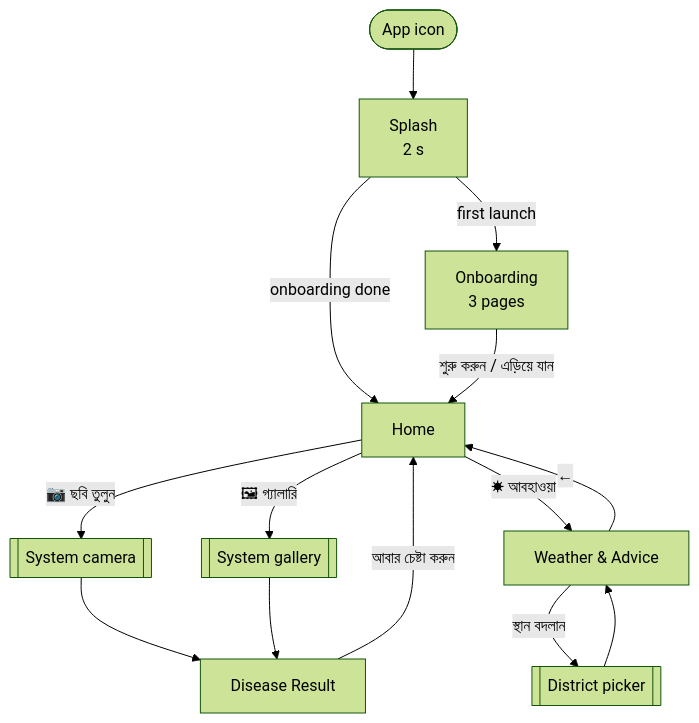
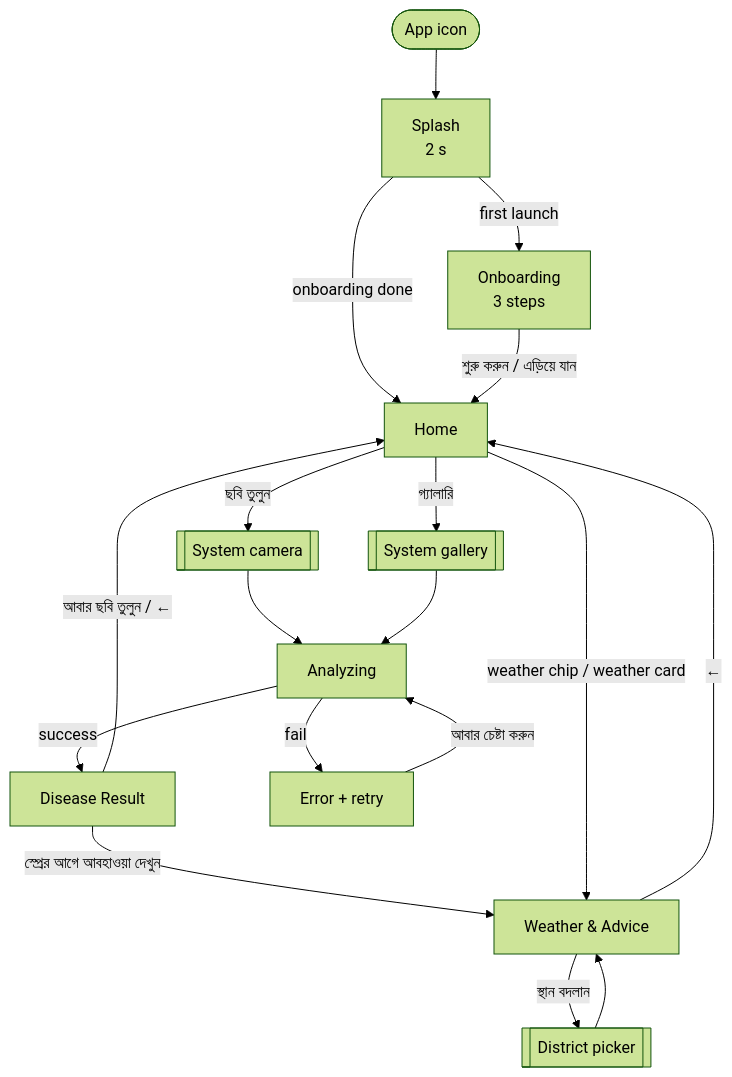
Before and after one commit to asmRakibulHasan/Mango-Disease-Detector: the first of 3 diagrams in docs/APP_DOCUMENTATION.md, drawn with Mermaid (forest theme). The commit also changed other lines of this file and 1 other file, not shown here.

First line of the commit message:
docs: update app and weather docs for v2 design

````diff
--- a/docs/APP_DOCUMENTATION.md
+++ b/docs/APP_DOCUMENTATION.md
@@ -82,18 +190,22 @@
 ```mermaid
 flowchart TD
     L([App icon]) --> S[Splash<br/>2 s]
-    S -->|first launch| O[Onboarding<br/>3 pages]
+    S -->|first launch| O[Onboarding<br/>3 steps]
     S -->|onboarding done| H[Home]
     O -->|শুরু করুন / এড়িয়ে যান| H
 
-    H -->|📷 ছবি তুলুন| CAM[[System camera]]
-    H -->|🖼 গ্যালারি| GAL[[System gallery]]
-    CAM --> R[Disease Result]
-    GAL --> R
-    R -->|আবার চেষ্টা করুন| H
+    H -->|ছবি তুলুন| CAM[[System camera]]
+    H -->|গ্যালারি| GAL[[System gallery]]
+    CAM --> A[Analyzing]
+    GAL --> A
+    A -->|success| R[Disease Result]
+    A -->|fail| E[Error + retry]
+    E -->|আবার চেষ্টা করুন| A
+    R -->|আবার ছবি তুলুন / ←| H
+    R -->|স্প্রের আগে আবহাওয়া দেখুন| W
 
-    H -->|☀ আবহাওয়া| W[Weather & Advice]
+    H -->|weather chip / weather card| W[Weather & Advice]
     W -->|স্থান বদলান| DP[[District picker]]
     DP --> W
     W -->|←| H
 ```
````
